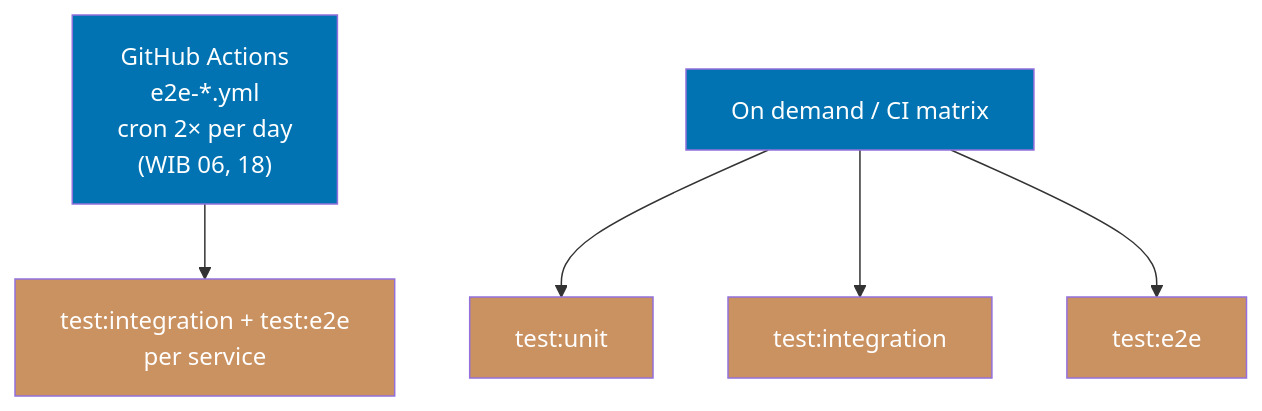
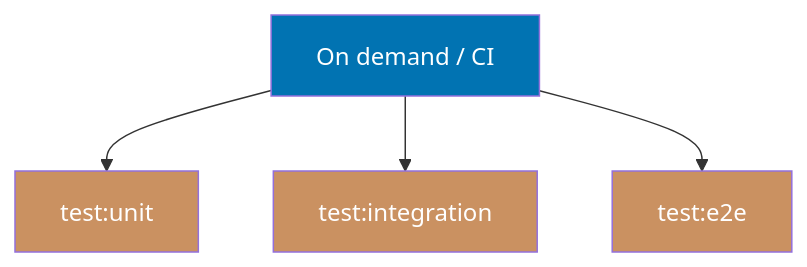
One commit to wahidyankf/ose-primer changed the fourth of 4 diagrams in governance/development/infra/nx-targets.md. Above: the diagram before and after it, drawn with Mermaid. The commit also changed other lines of this file and 534 other files, not shown here.

````diff
--- a/governance/development/infra/nx-targets.md
+++ b/governance/development/infra/nx-targets.md
@@ -67,15 +80,11 @@
 ```mermaid
 flowchart TD
-    H2["GitHub Actions<br/>e2e-*.yml<br/>cron 2× per day<br/>(WIB 06, 18)"] --> I2["test:integration + test:e2e<br/>per service"]
-
-    J[On demand / CI matrix] --> K[test:unit]
+    J[On demand / CI] --> K[test:unit]
     J --> L[test:integration]
     J --> M[test:e2e]
 
-    style H2 fill:#0173B2,color:#fff
-    style I2 fill:#CA9161,color:#fff
     style J fill:#0173B2,color:#fff
     style K fill:#CA9161,color:#fff
     style L fill:#CA9161,color:#fff
     style M fill:#CA9161,color:#fff
 ```
````
